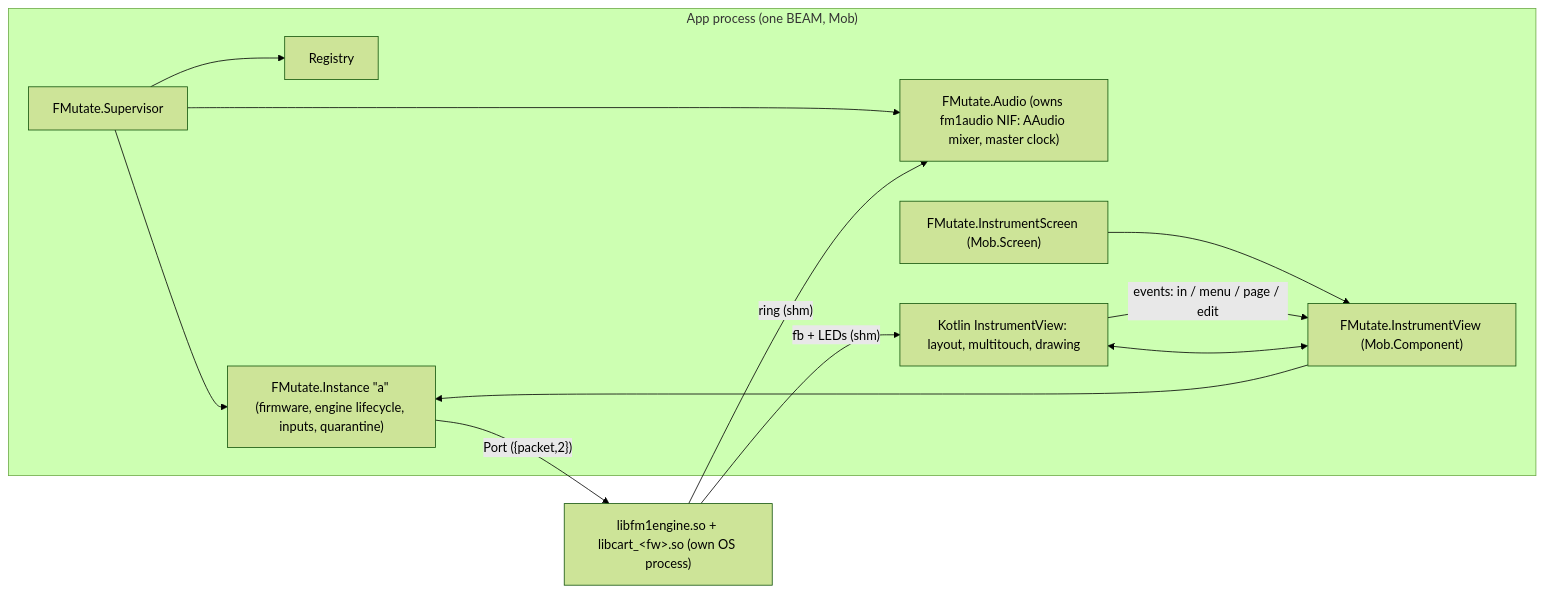
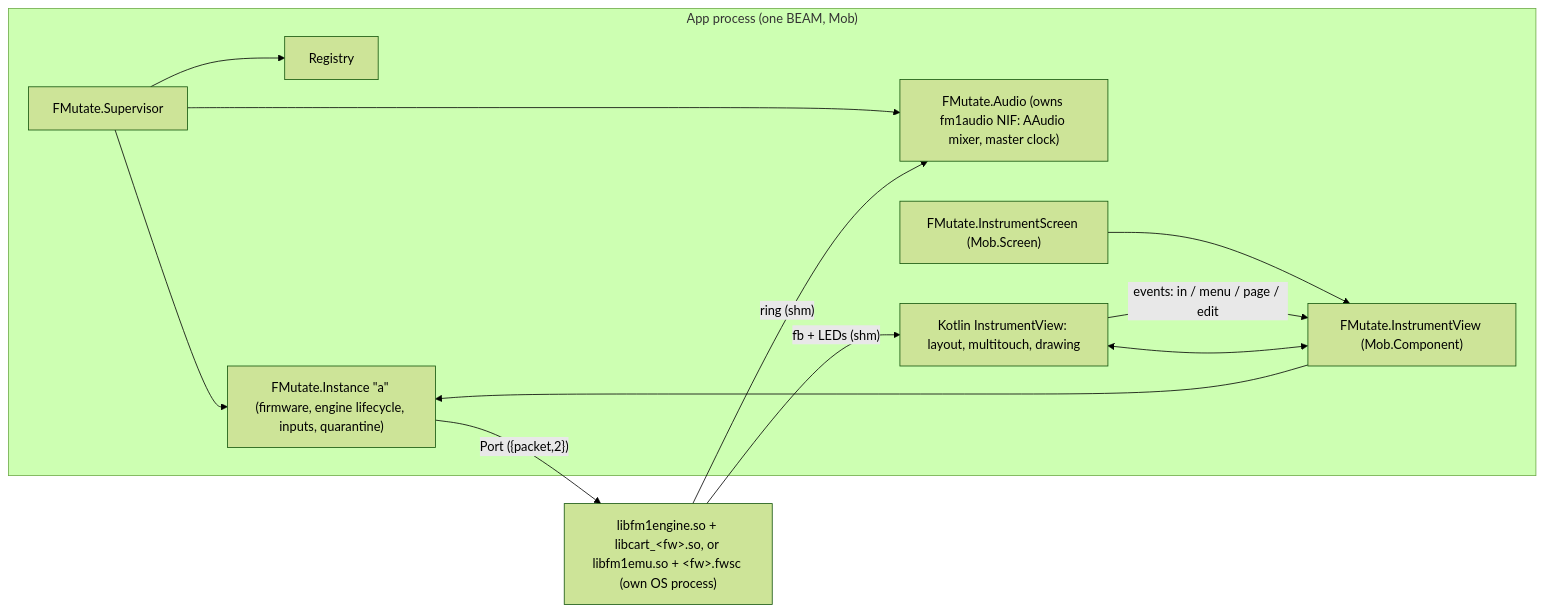
One commit to GenericJam/fmutate changed the diagram in docs/architecture.md. Above: the diagram before and after it, drawn with Mermaid (forest theme). The commit also changed other lines of this file and 3 other files, not shown here.

````diff
--- a/docs/architecture.md
+++ b/docs/architecture.md
@@ -9,14 +9,14 @@
 ```mermaid
 flowchart LR
   subgraph app["App process (one BEAM, Mob)"]
     SUP[FMutate.Supervisor] --> REG[Registry]
     SUP --> AUD["FMutate.Audio (owns fm1audio NIF: AAudio mixer, master clock)"]
     SUP --> INST["FMutate.Instance &quot;a&quot; (firmware, engine lifecycle, inputs, quarantine)"]
     SCR["FMutate.InstrumentScreen (Mob.Screen)"] --> VIEW["FMutate.InstrumentView (Mob.Component)"]
     VIEW <--> KT["Kotlin InstrumentView: layout, multitouch, drawing"]
   end
-  INST -- "Port ({packet,2})" --> ENG["libfm1engine.so + libcart_&lt;fw&gt;.so (own OS process)"]
+  INST -- "Port ({packet,2})" --> ENG["libfm1engine.so + libcart_&lt;fw&gt;.so, or libfm1emu.so + &lt;fw&gt;.fwsc (own OS process)"]
   ENG -- "ring (shm)" --> AUD
   ENG -- "fb + LEDs (shm)" --> KT
   KT -- "events: in / menu / page / edit" --> VIEW --> INST
 ```
````
